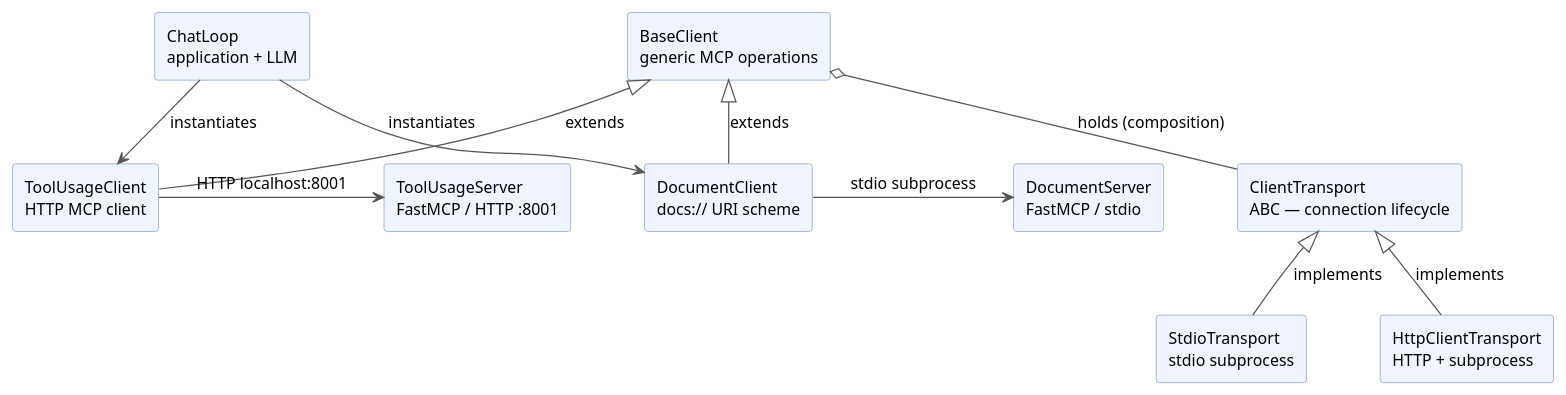
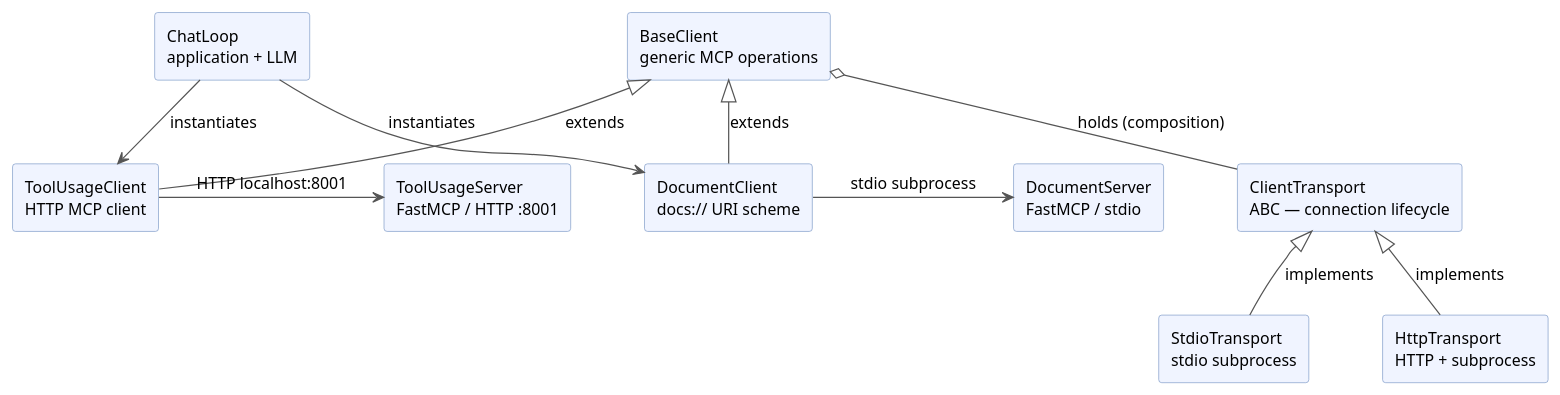
Before and after one commit to lzfelix/building-with-claude: the diagram in diagrams/mcp-architecture.puml, drawn with PlantUML. The commit also changed 4 other files, not shown here.

Commit message:
refactor:Rename HttpClientTransport to HttpTransport

```diff
--- a/diagrams/mcp-architecture.puml
+++ b/diagrams/mcp-architecture.puml
@@ -1,33 +1,33 @@
 @startuml mcp-architecture
 skinparam backgroundColor white
 skinparam defaultFontSize 13
 skinparam ArrowColor #555555
 skinparam nodesep 60
 skinparam ranksep 50
 
 skinparam rectangle {
     BackgroundColor #F0F4FF
     BorderColor #7090C0
 }
 
 rectangle "ClientTransport\nABC — connection lifecycle" as transport
 rectangle "StdioTransport\nstdio subprocess" as stdio_transport
-rectangle "HttpClientTransport\nHTTP + subprocess" as http_transport
+rectangle "HttpTransport\nHTTP + subprocess" as http_transport
 rectangle "BaseClient\ngeneric MCP operations" as base
 rectangle "DocumentClient\ndocs:// URI scheme" as docclient
 rectangle "DocumentServer\nFastMCP / stdio" as docserver
 rectangle "ToolUsageClient\nHTTP MCP client" as toolclient
 rectangle "ToolUsageServer\nFastMCP / HTTP :8001" as toolserver
 rectangle "ChatLoop\napplication + LLM" as chat
 
 transport <|-- stdio_transport   : implements
 transport <|-- http_transport    : implements
 base       o-- transport         : holds (composition)
 base      <|-- docclient         : extends
 base      <|-- toolclient        : extends
 chat      -down-> docclient      : instantiates
 chat      -down-> toolclient     : instantiates
 docclient -right-> docserver     : stdio subprocess
 toolclient -right-> toolserver   : HTTP localhost:8001
 
 @enduml
```
